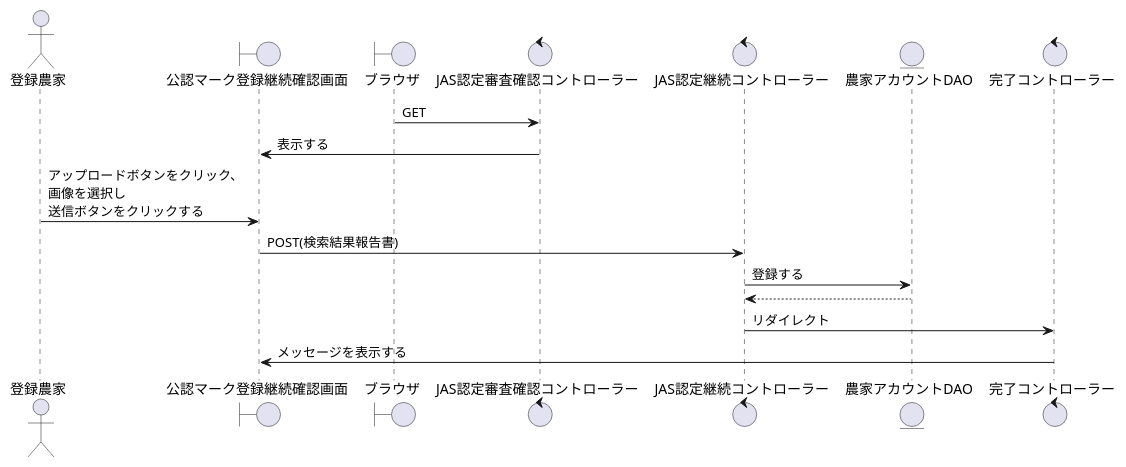
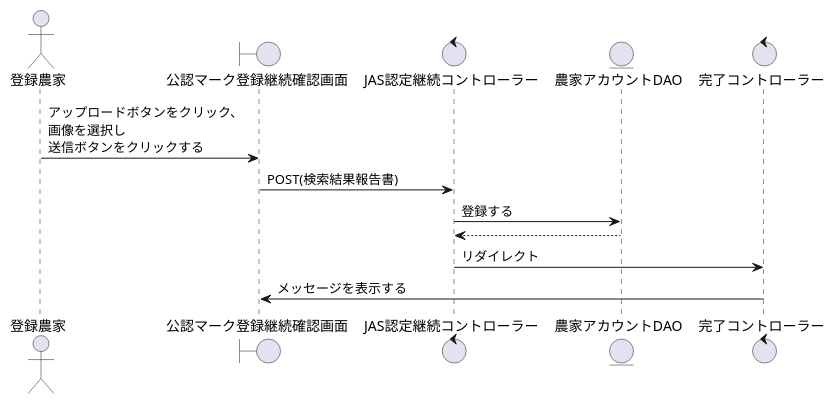
Before and after one commit to SK-B-S/PJ: the diagram in PJ_シーケンス/農家/JAS認定継続.wsd, drawn with PlantUML. The commit also changed 1 other file, not shown here.

```diff
--- a/PJ_シーケンス/農家/JAS認定継続.wsd
+++ b/PJ_シーケンス/農家/JAS認定継続.wsd
@@ -1,22 +1,18 @@
 @startuml JAS認定審査表示
 
 actor    "登録農家" as act
 boundary "公認マーク登録継続確認画面" as JAS_s
-boundary "ブラウザ" as brz
-control  "JAS認定審査確認コントローラー" as Acquisition_c
 control  "JAS認定継続コントローラー" as b_c
 entity   "農家アカウントDAO" as Farmer_DAO
 control  "完了コントローラー" as completion_c
 
 '-------------------------------------------------------------------------------------------
 
-brz -> Acquisition_c : GET
-JAS_s <- Acquisition_c : 表示する
 act -> JAS_s : アップロードボタンをクリック、\n画像を選択し\n送信ボタンをクリックする
 JAS_s -> b_c : POST(検索結果報告書)
 b_c -> Farmer_DAO : 登録する
 b_c <-- Farmer_DAO :
 b_c -> completion_c : リダイレクト
 completion_c -> JAS_s : メッセージを表示する
 
 @enduml
```
